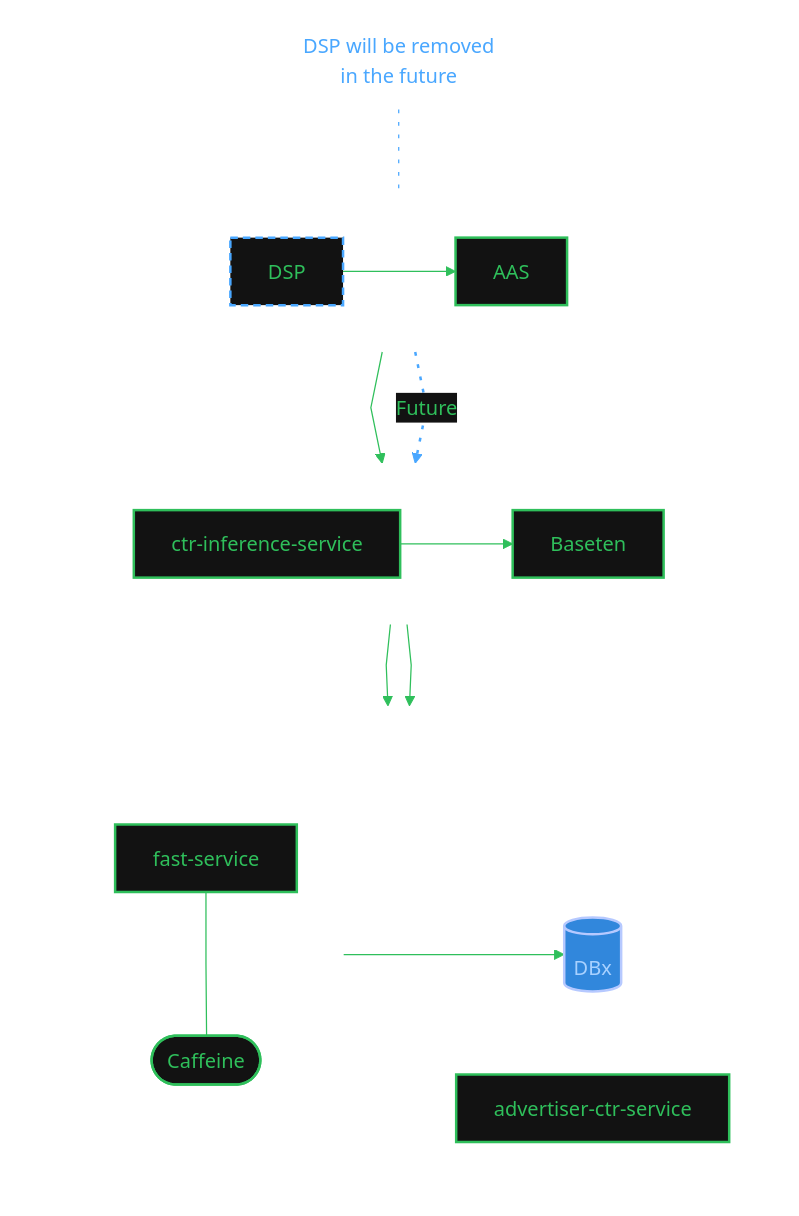
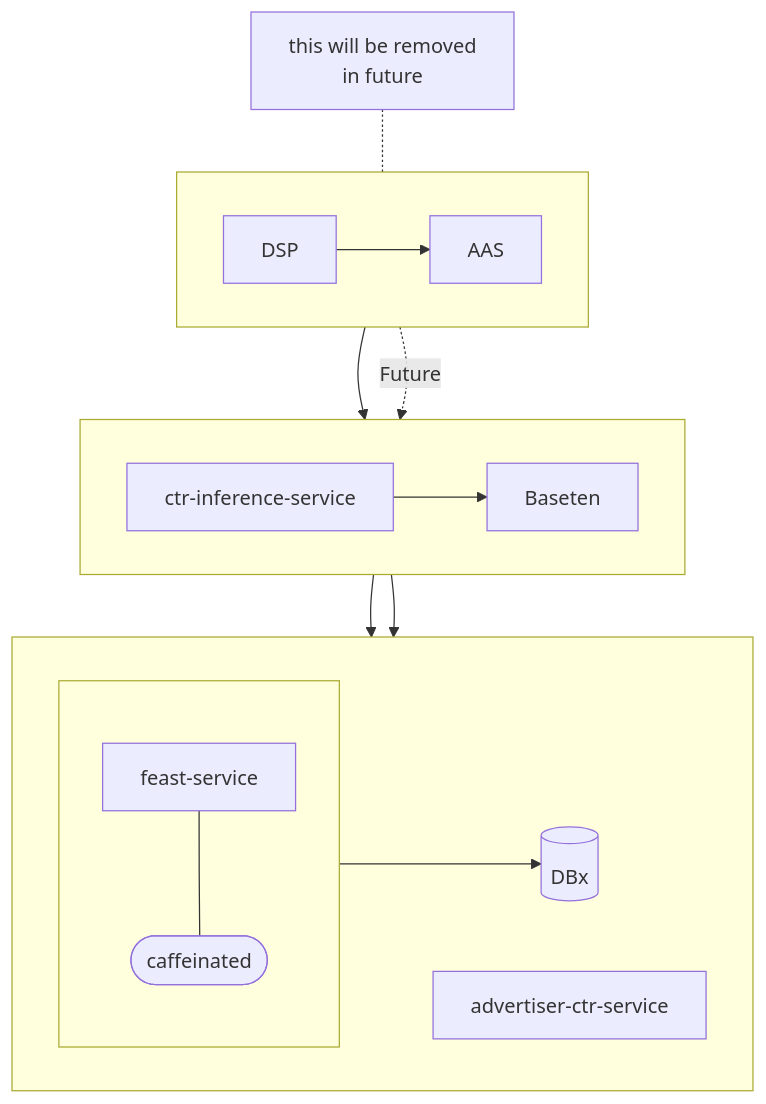
Before and after one commit to vsrivastava-amp/varuns-pilot-nest: the diagram in map/ctr-discover.md, drawn with Mermaid. The commit also changed other lines of this file, not shown here.

Commit message:
map/ctr-discover: store Varun's Mermaid as the authoritative diagram
Two corrections to the PNG transcription. feast-service is the confirmed
label. The "this will be removed in future" note attaches to the DSP
node, not to the DSP-to-ctr-inference-service edge, which is a different
architectural claim than what I first recorded.

Flagged that what "removed" scopes to is unsettled: attached to the node
it reads as DSP leaving entirely, while Dhaval's 7/29 framing keeps DSP
in the path.

````diff
--- a/map/ctr-discover.md
+++ b/map/ctr-discover.md
@@ -13,81 +13,42 @@
 ```mermaid
-%%{init: {
-  "theme": "base",
-  "themeVariables": {
-    "background": "#121212",
-    "primaryColor": "#121212",
-    "primaryTextColor": "#2fbf5b",
-    "primaryBorderColor": "#2fbf5b",
-    "lineColor": "#2fbf5b",
-    "secondaryColor": "#121212",
-    "tertiaryColor": "#121212",
-    "fontFamily": "monospace"
-  },
-  "flowchart": {
-    "curve": "linear",
-    "nodeSpacing": 55,
-    "rankSpacing": 65
-  }
-}}%%
-
 flowchart TB
     subgraph TOP[" "]
         direction LR
         DSP["DSP"]
         AAS["AAS"]
     end
 
     subgraph MIDDLE[" "]
         direction LR
         CTR["ctr-inference-service"]
         BASETEN["Baseten"]
     end
 
     subgraph BOTTOM[" "]
         direction LR
         ADV["advertiser-ctr-service"]
 
-        subgraph FAST_GROUP[" "]
+        subgraph FEAST_GROUP[" "]
             direction TB
-            FAST["fast-service"]
-            CAFFEINE(["Caffeine"])
+            FEAST["feast-service"]
+            CAFFEINATED(["caffeinated"])
         end
 
         DBX[("DBx")]
     end
 
     DSP --> AAS
     DSP --> CTR
 
     AAS -. "Future" .-> CTR
 
     CTR --> BASETEN
     CTR --> ADV
-    CTR --> FAST
+    CTR --> FEAST
 
-    FAST --- CAFFEINE
-    FAST --> DBX
+    FEAST --- CAFFEINATED
+    FEAST --> DBX
 
-    REMOVE_NOTE["DSP will be removed<br/>in the future"]
+    REMOVE_NOTE["this will be removed<br/>in future"]
     REMOVE_NOTE -.- DSP
-
-    classDef service fill:#121212,stroke:#2fbf5b,color:#2fbf5b,stroke-width:2px;
-    classDef deprecated fill:#121212,stroke:#49a7ff,color:#2fbf5b,stroke-width:2px,stroke-dasharray:6 4;
-    classDef datastore fill:#3187dc,stroke:#b6c9ff,color:#a8d1ff,stroke-width:2px;
-    classDef annotation fill:transparent,stroke:transparent,color:#49a7ff;
-    classDef cache fill:#121212,stroke:#2fbf5b,color:#2fbf5b,stroke-width:2px;
-
-    class AAS,CTR,BASETEN,ADV,FAST service;
-    class DSP deprecated;
-    class CAFFEINE cache;
-    class DBX datastore;
-    class REMOVE_NOTE annotation;
-
-    style TOP fill:transparent,stroke:transparent
-    style MIDDLE fill:transparent,stroke:transparent
-    style BOTTOM fill:transparent,stroke:transparent
-    style FAST_GROUP fill:transparent,stroke:transparent
-
-    linkStyle 2 stroke:#49a7ff,stroke-width:2px,stroke-dasharray:3 7;
-    linkStyle 8 stroke:#49a7ff,stroke-width:1px,stroke-dasharray:3 7;
 ```
````
